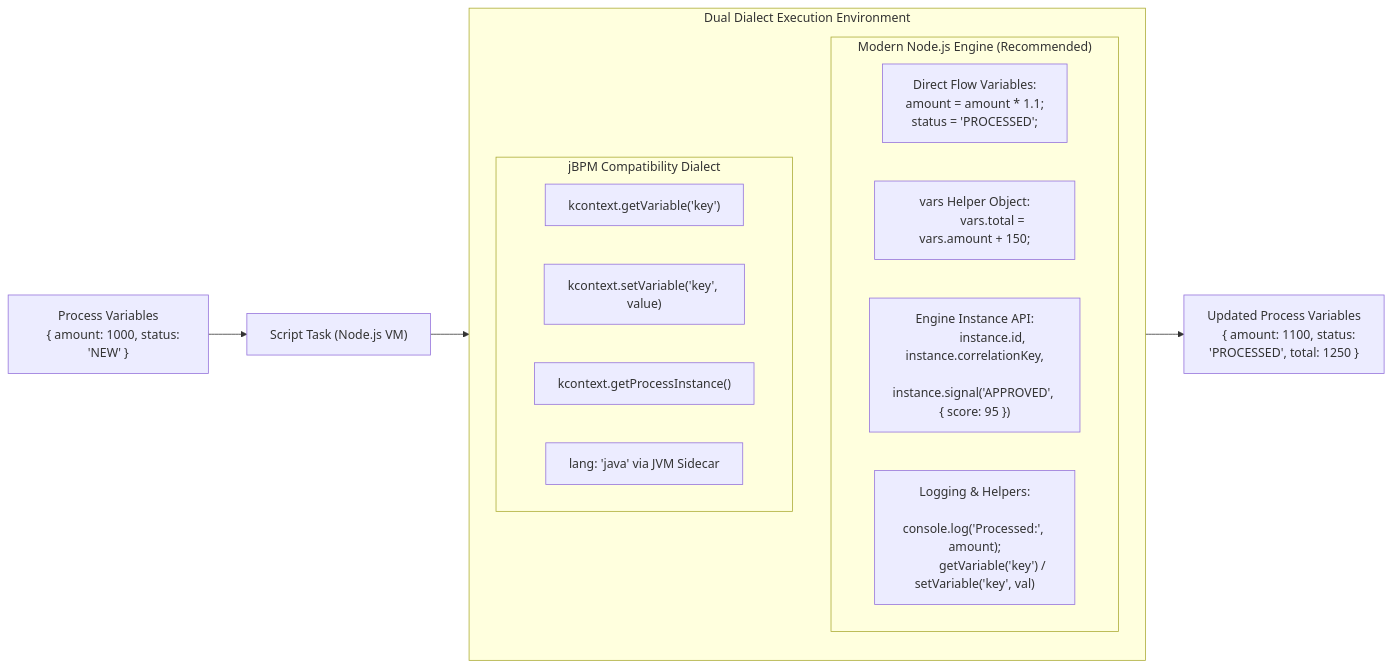
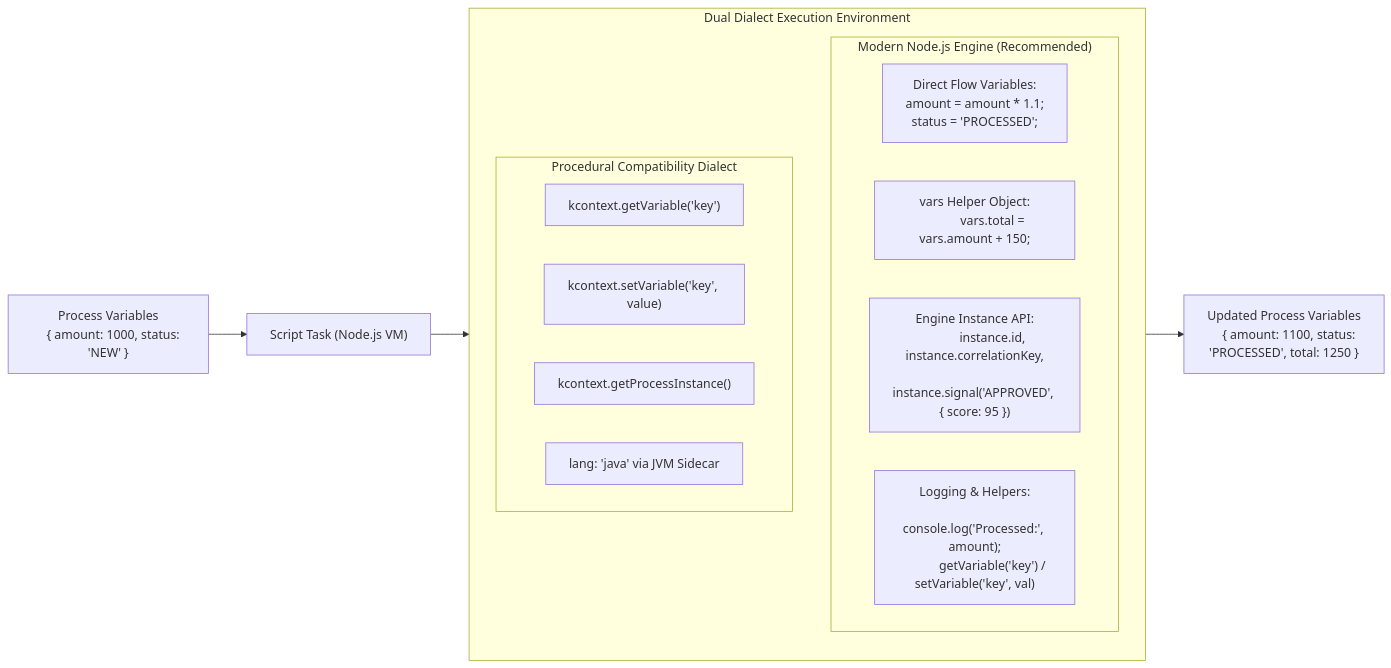
The diagram in jbpm-engine/server/src/engine/nodes/script/README.md (Avinashkumar8694/prudential-claims-bpm), drawn with Mermaid before and after one commit. The commit also changed other lines of this file and 11 other files, not shown here.

````diff
--- a/jbpm-engine/server/src/engine/nodes/script/README.md
+++ b/jbpm-engine/server/src/engine/nodes/script/README.md
@@ -3,32 +3,32 @@
 ```mermaid
 flowchart LR
     A["Process Variables
     { amount: 1000, status: 'NEW' }"] --> B["Script Task (Node.js VM)"]
     
     subgraph Execution["Dual Dialect Execution Environment"]
         direction TB
         subgraph ModernJS["Modern Node.js Engine (Recommended)"]
             JS1["Direct Flow Variables:
             amount = amount * 1.1;
             status = 'PROCESSED';"]
             JS2["vars Helper Object:
             vars.total = vars.amount + 150;"]
             JS3["Engine Instance API:
             instance.id, instance.correlationKey,
             instance.signal('APPROVED', { score: 95 })"]
             JS4["Logging & Helpers:
             console.log('Processed:', amount);
             getVariable('key') / setVariable('key', val)"]
         end
-        subgraph LegacyJBPM["jBPM Compatibility Dialect"]
+        subgraph LegacyInterop["Procedural Compatibility Dialect"]
             JB1["kcontext.getVariable('key')"]
             JB2["kcontext.setVariable('key', value)"]
             JB3["kcontext.getProcessInstance()"]
             JB4["lang: 'java' via JVM Sidecar"]
         end
     end
     
     B --> Execution
     Execution --> C["Updated Process Variables
     { amount: 1100, status: 'PROCESSED', total: 1250 }"]
 ```
````
